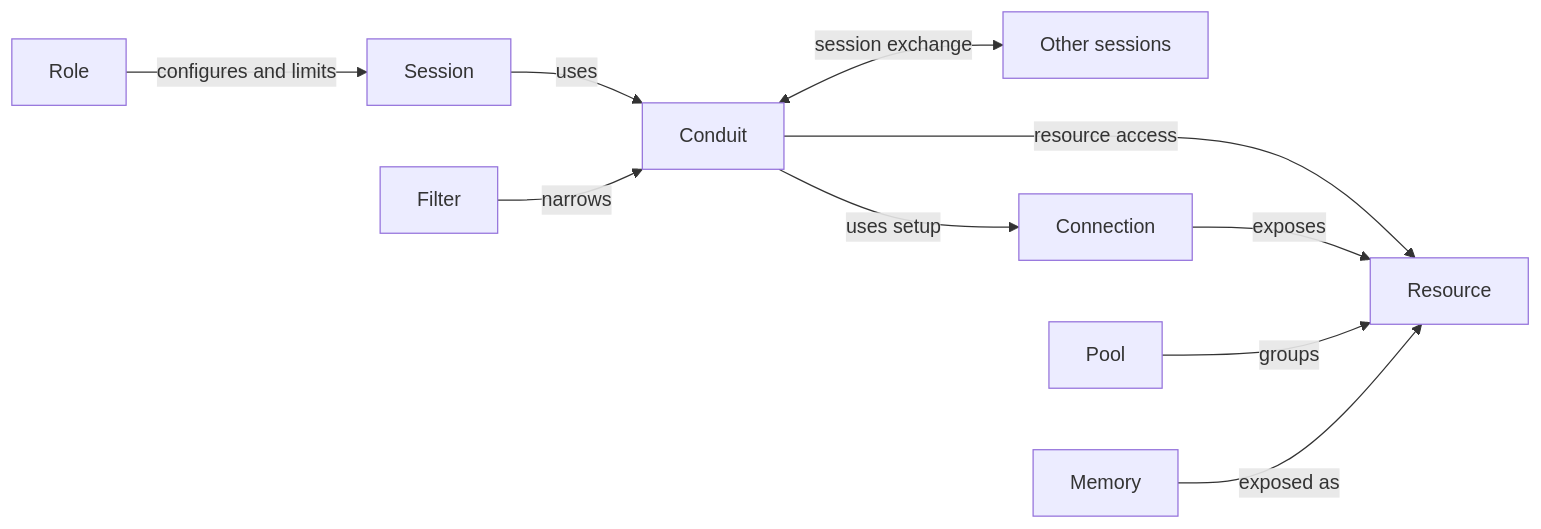
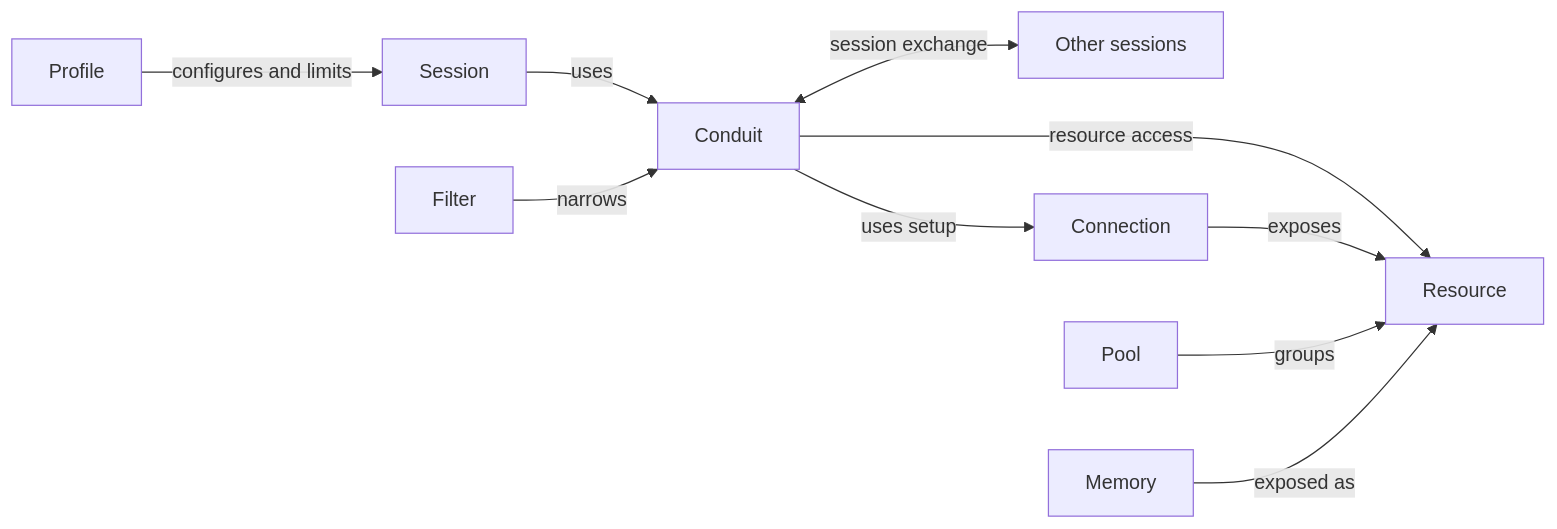
The diagram in SPEC.md (shrav-k/conduit), drawn with Mermaid before and after one commit. The commit also changed other lines of this file and 4 other files, not shown here.

Commit message:
Adopt Profile and Session terminology and resolved defaults

````diff
--- a/SPEC.md
+++ b/SPEC.md
@@ -68,12 +69,12 @@
 ```mermaid
 flowchart LR
-    Role -->|configures and limits| Session
+    Profile -->|configures and limits| Session
     Session -->|uses| Conduit
     Filter -->|narrows| Conduit
     Conduit -->|resource access| Resource
     Conduit <-->|session exchange| Peer[Other sessions]
     Conduit -->|uses setup| Connection
     Connection -->|exposes| Resource
     Pool -->|groups| Resource
     Memory -->|exposed as| Resource
 ```
````
